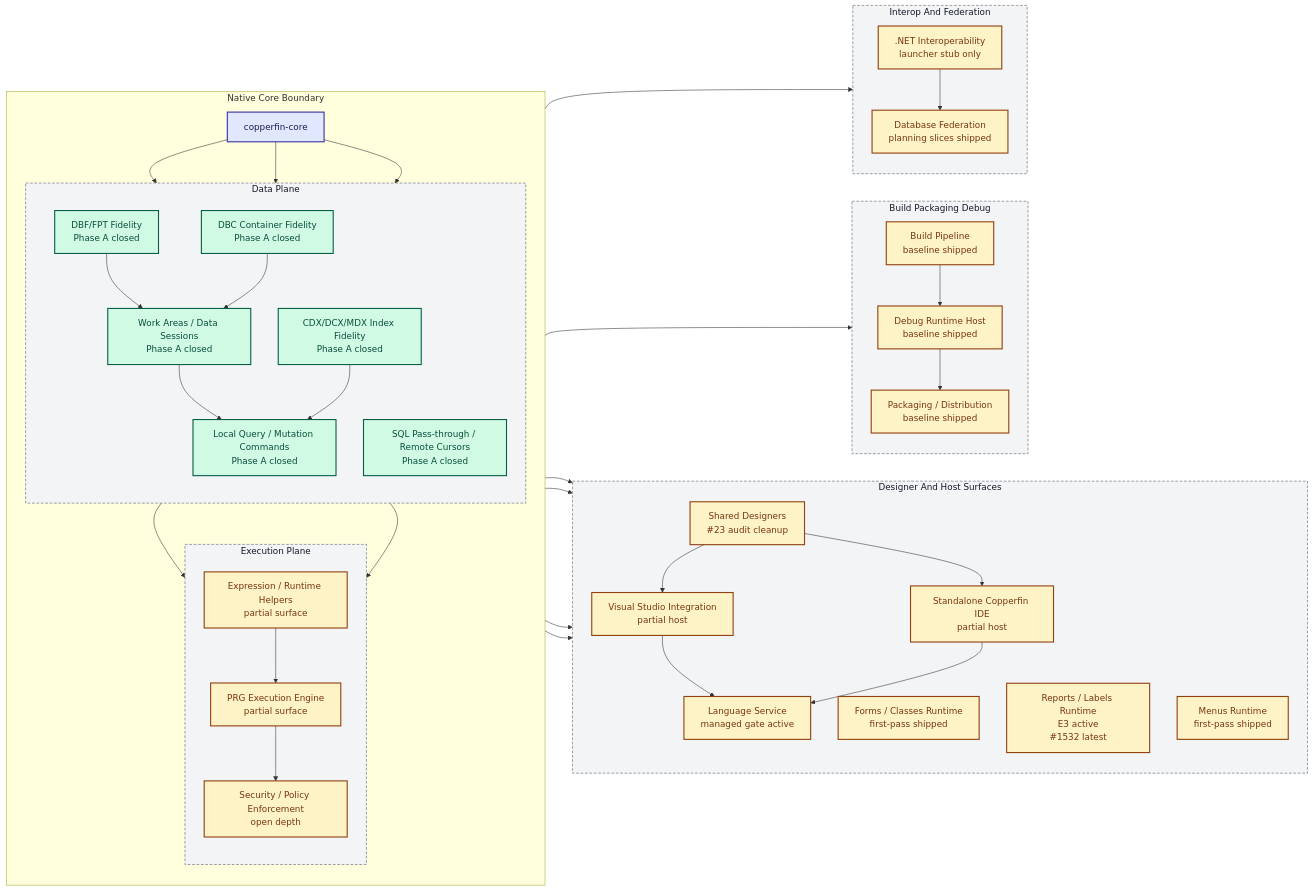
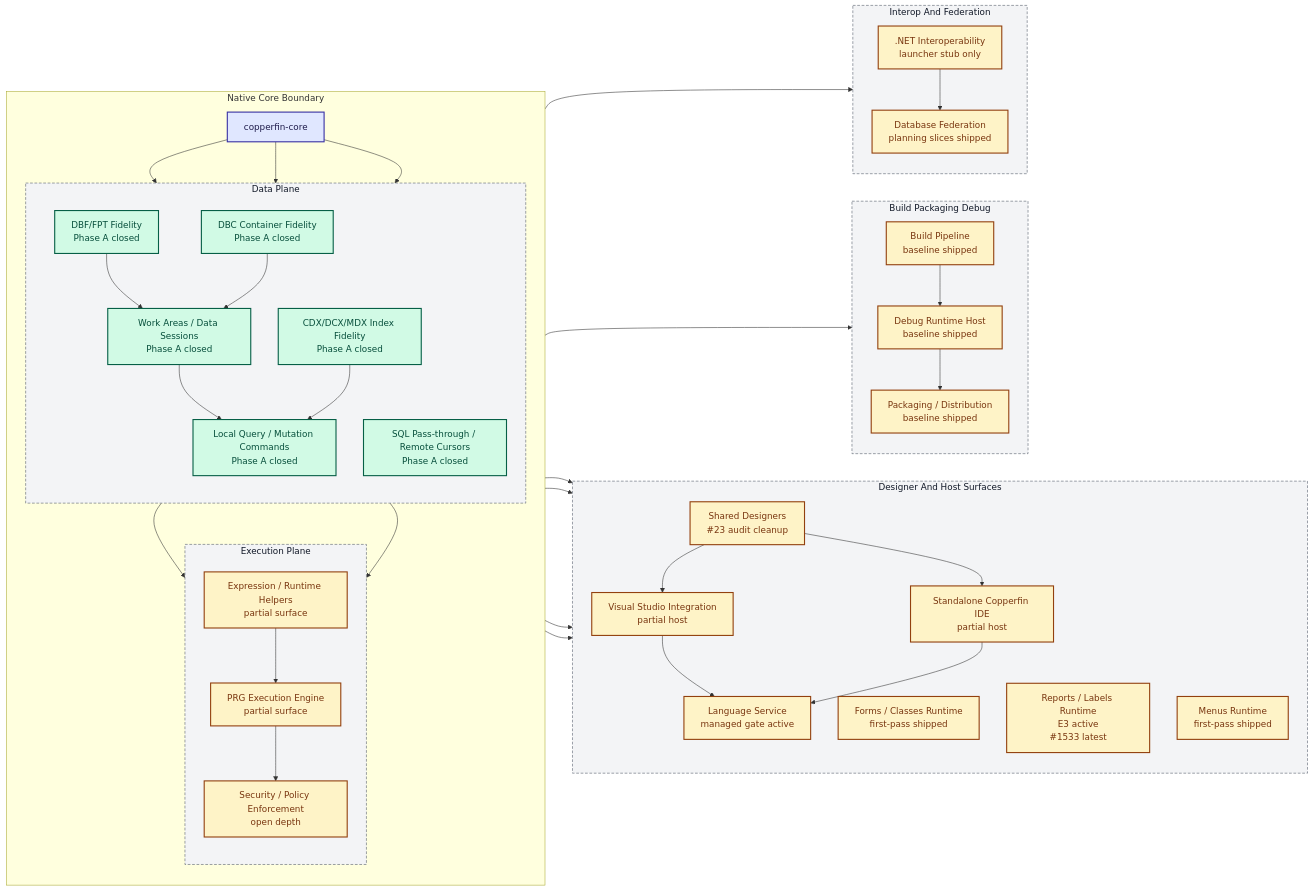
The diagram in docs/02-architecture.md (rhamenator/Project-Copperfin), drawn with Mermaid before and after one commit. The commit also changed 7 other files, not shown here.

```diff
--- a/docs/02-architecture.md
+++ b/docs/02-architecture.md
@@ -36,7 +36,7 @@
         direction TB
         DES["Shared Designers<br/>#23 audit cleanup"]
         FORMS["Forms / Classes Runtime<br/>first-pass shipped"]
-        RPT["Reports / Labels Runtime<br/>E3 active<br/>#1532 latest"]
+        RPT["Reports / Labels Runtime<br/>E3 active<br/>#1533 latest"]
         MENU["Menus Runtime<br/>first-pass shipped"]
         VS["Visual Studio Integration<br/>partial host"]
         IDE["Standalone Copperfin IDE<br/>partial host"]
```
